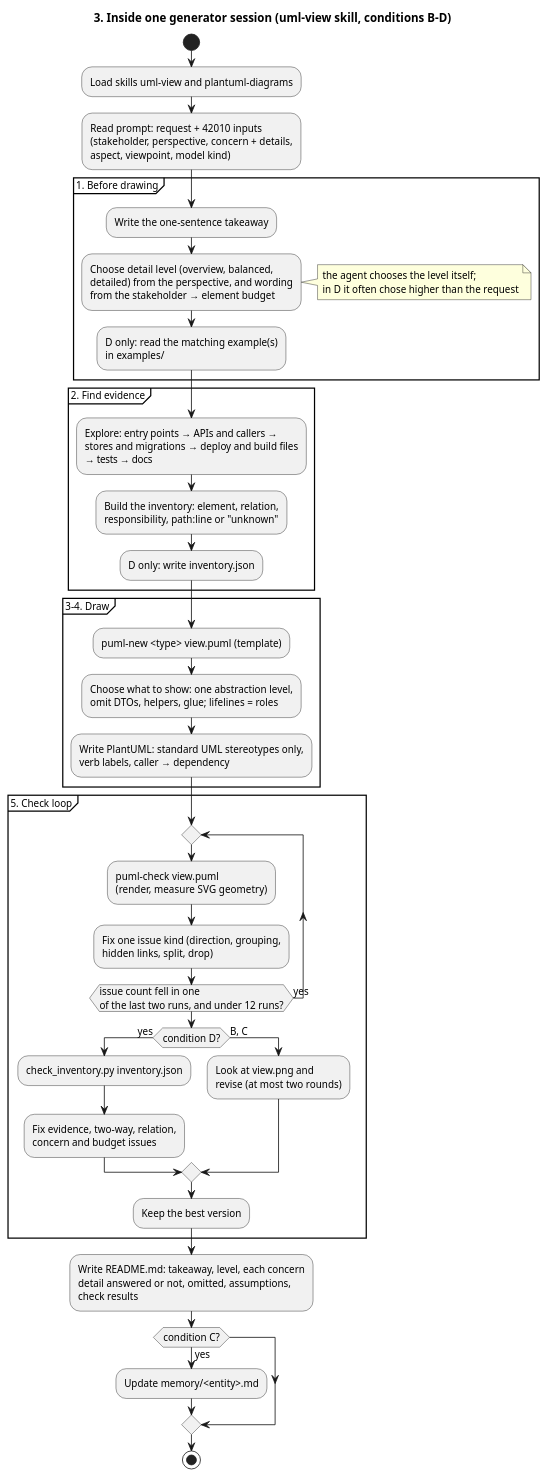
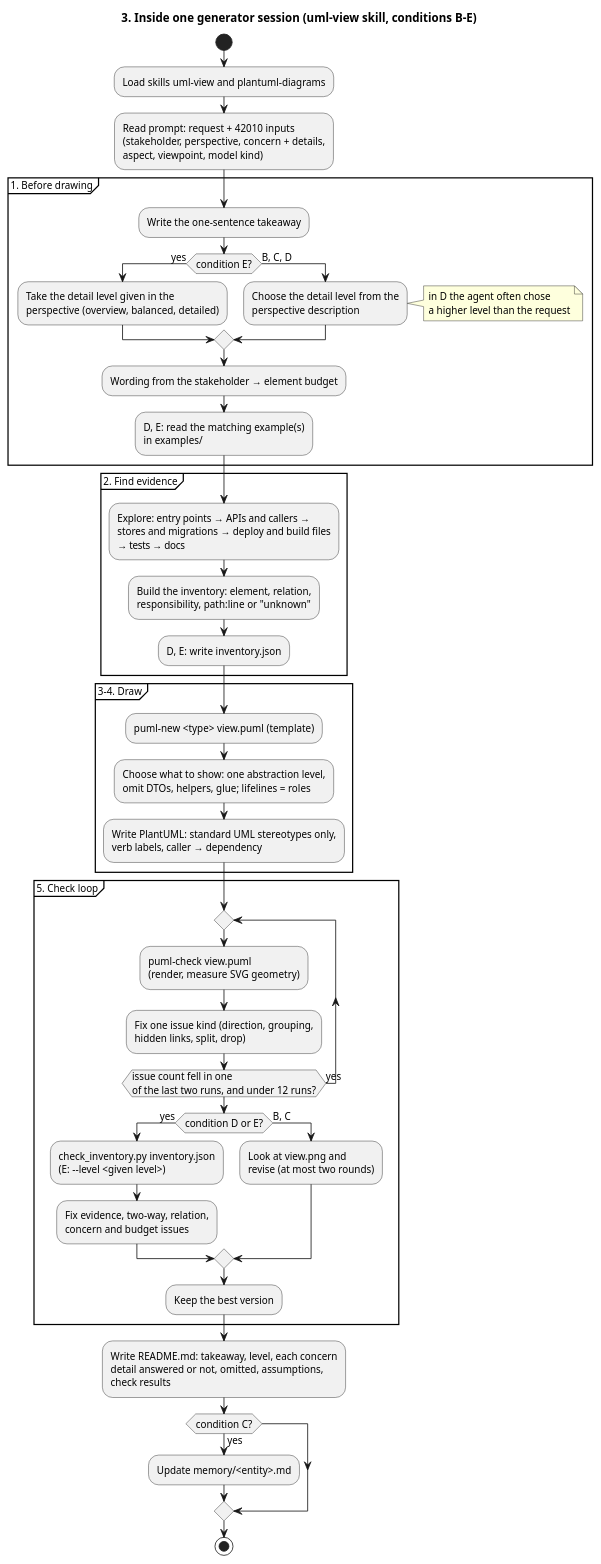
The diagram in experiments/view-generation-2026-10/docs/agent-session.puml (sa4s-serc/task2View), drawn with PlantUML before and after one commit. The commit also changed 8 other files, not shown here.

Commit message:
docs: implementation diagrams for condition E; add architecture diagram

```diff
--- a/experiments/view-generation-2026-10/docs/agent-session.puml
+++ b/experiments/view-generation-2026-10/docs/agent-session.puml
@@ -1,60 +1,66 @@
 @startuml
-title 3. Inside one generator session (uml-view skill, conditions B–D)
+title 3. Inside one generator session (uml-view skill, conditions B–E)
 skinparam defaultFontName Helvetica
 skinparam defaultFontSize 12
 skinparam ActivityFontSize 12
 
 start
 :Load skills uml-view and plantuml-diagrams;
 :Read prompt: request + 42010 inputs
 (stakeholder, perspective, concern + details,
 aspect, viewpoint, model kind);
 partition "1. Before drawing" {
   :Write the one-sentence takeaway;
-  :Choose detail level (overview, balanced,
-  detailed) from the perspective, and wording
-  from the stakeholder → element budget;
-  note right: the agent chooses the level itself;\nin D it often chose higher than the request
-  :D only: read the matching example(s)
+  if (condition E?) then (yes)
+    :Take the detail level given in the
+    perspective (overview, balanced, detailed);
+  else (B, C, D)
+    :Choose the detail level from the
+    perspective description;
+    note right: in D the agent often chose\na higher level than the request
+  endif
+  :Wording from the stakeholder → element budget;
+  :D, E: read the matching example(s)
   in examples/;
 }
 partition "2. Find evidence" {
   :Explore: entry points → APIs and callers →
   stores and migrations → deploy and build files
   → tests → docs;
   :Build the inventory: element, relation,
   responsibility, path:line or "unknown";
-  :D only: write inventory.json;
+  :D, E: write inventory.json;
 }
 partition "3–4. Draw" {
   :puml-new <type> view.puml (template);
   :Choose what to show: one abstraction level,
   omit DTOs, helpers, glue; lifelines = roles;
   :Write PlantUML: standard UML stereotypes only,
   verb labels, caller → dependency;
 }
 partition "5. Check loop" {
   repeat
     :puml-check view.puml
     (render, measure SVG geometry);
     :Fix one issue kind (direction, grouping,
     hidden links, split, drop);
   repeat while (issue count fell in one\nof the last two runs, and under 12 runs?) is (yes)
-  if (condition D?) then (yes)
-    :check_inventory.py inventory.json;
+  if (condition D or E?) then (yes)
+    :check_inventory.py inventory.json
+    (E: ~--level <given level>);
     :Fix evidence, two-way, relation,
     concern and budget issues;
   else (B, C)
     :Look at view.png and
     revise (at most two rounds);
   endif
   :Keep the best version;
 }
 :Write README.md: takeaway, level, each concern
 detail answered or not, omitted, assumptions,
 check results;
 if (condition C?) then (yes)
   :Update memory/<entity>.md;
 endif
 stop
 @enduml
```
